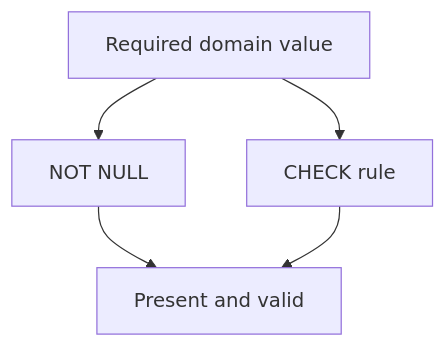
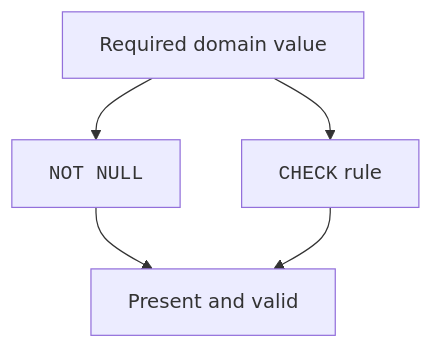
The fifth of 5 diagrams in content/courses/database-design-postgresql/check-constraints.mdx (dataslope/dataslope), drawn with Mermaid before and after one commit. The commit also changed other lines of this file and 283 other files, not shown here.

First line of the commit message:
Diagrams as elements, not characters: fix the box model, sweep the corpus, and make syntax breakdowns a convention (#652)

````diff
--- a/content/courses/database-design-postgresql/check-constraints.mdx
+++ b/content/courses/database-design-postgresql/check-constraints.mdx
@@ -206,7 +214,7 @@
 ```mermaid
 flowchart TD
-    Required["Required domain value"] --> NN["NOT NULL"]
-    Required --> CH["CHECK rule"]
+    Required["Required domain value"] --> NN["<code>NOT NULL</code>"]
+    Required --> CH["<code>CHECK</code> rule"]
     NN --> Safe["Present and valid"]
     CH --> Safe
 ```
````
